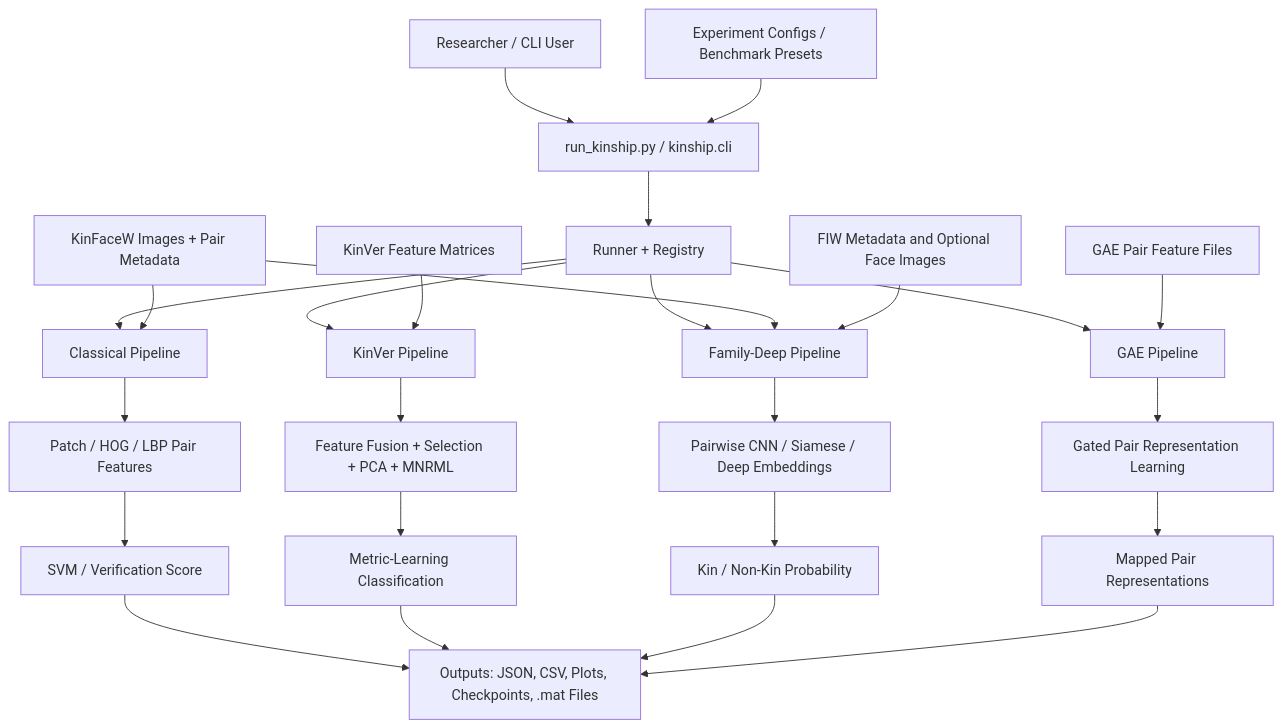
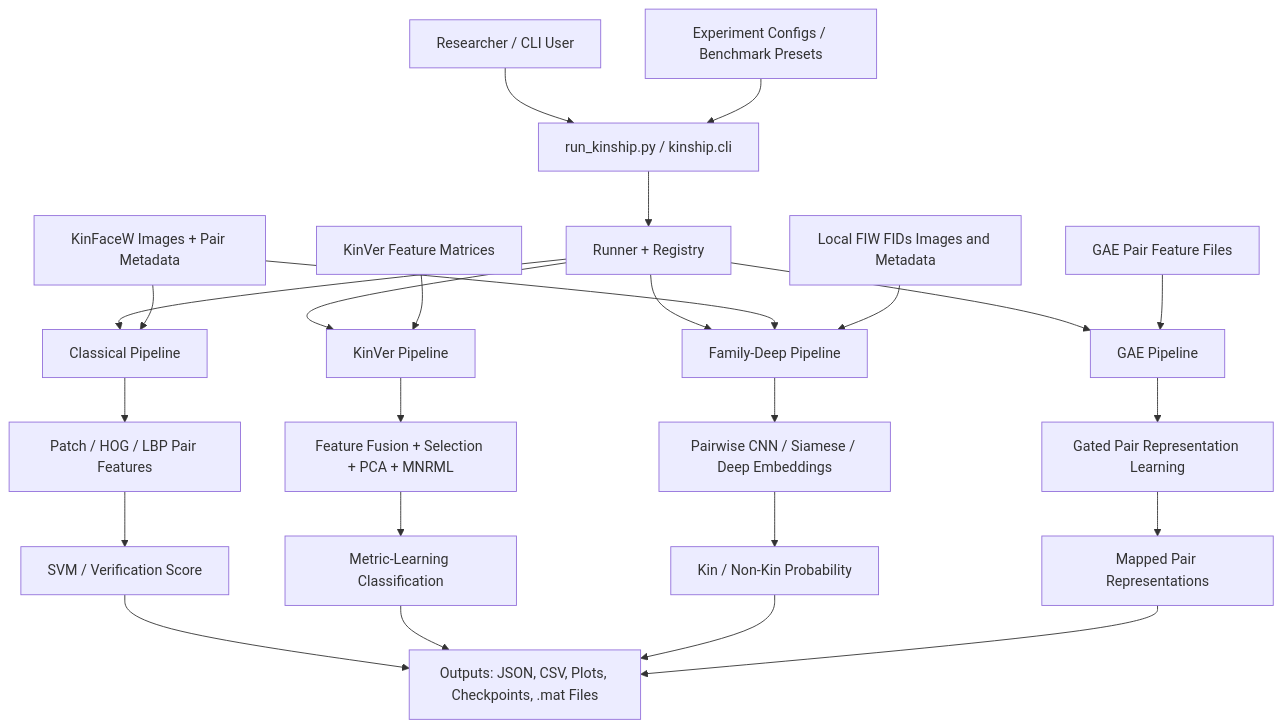
Before and after one commit to laithse1/kinship-verification-toolkit: the diagram in README.md, drawn with Mermaid. The commit also changed other lines of this file and 10 other files, not shown here.

First line of the commit message:
Enhanced dataset handling and configuration for FIW FIDs images

````diff
--- a/README.md
+++ b/README.md
@@ -75,49 +77,49 @@
 ```mermaid
 flowchart TD
     U[Researcher / CLI User]
     C[run_kinship.py / kinship.cli]
     CFG[Experiment Configs / Benchmark Presets]
     R[Runner + Registry]
 
     D1[KinFaceW Images + Pair Metadata]
     D2[KinVer Feature Matrices]
     D3[GAE Pair Feature Files]
-    D4[FIW Metadata and Optional Face Images]
+    D4[Local FIW FIDs Images and Metadata]
 
     A1[Classical Pipeline]
     A2[KinVer Pipeline]
     A3[Family-Deep Pipeline]
     A4[GAE Pipeline]
 
     F1[Patch / HOG / LBP Pair Features]
     F2[Feature Fusion + Selection + PCA + MNRML]
     F3[Pairwise CNN / Siamese / Deep Embeddings]
     F4[Gated Pair Representation Learning]
 
     M1[SVM / Verification Score]
     M2[Metric-Learning Classification]
     M3[Kin / Non-Kin Probability]
     M4[Mapped Pair Representations]
 
     O[Outputs: JSON, CSV, Plots, Checkpoints, .mat Files]
 
     U --> C
     CFG --> C
     C --> R
 
     R --> A1
     R --> A2
     R --> A3
     R --> A4
 
     D1 --> A1
     D1 --> A3
     D2 --> A2
     D3 --> A4
     D4 --> A3
 
     A1 --> F1 --> M1 --> O
     A2 --> F2 --> M2 --> O
     A3 --> F3 --> M3 --> O
     A4 --> F4 --> M4 --> O
 ```
````
